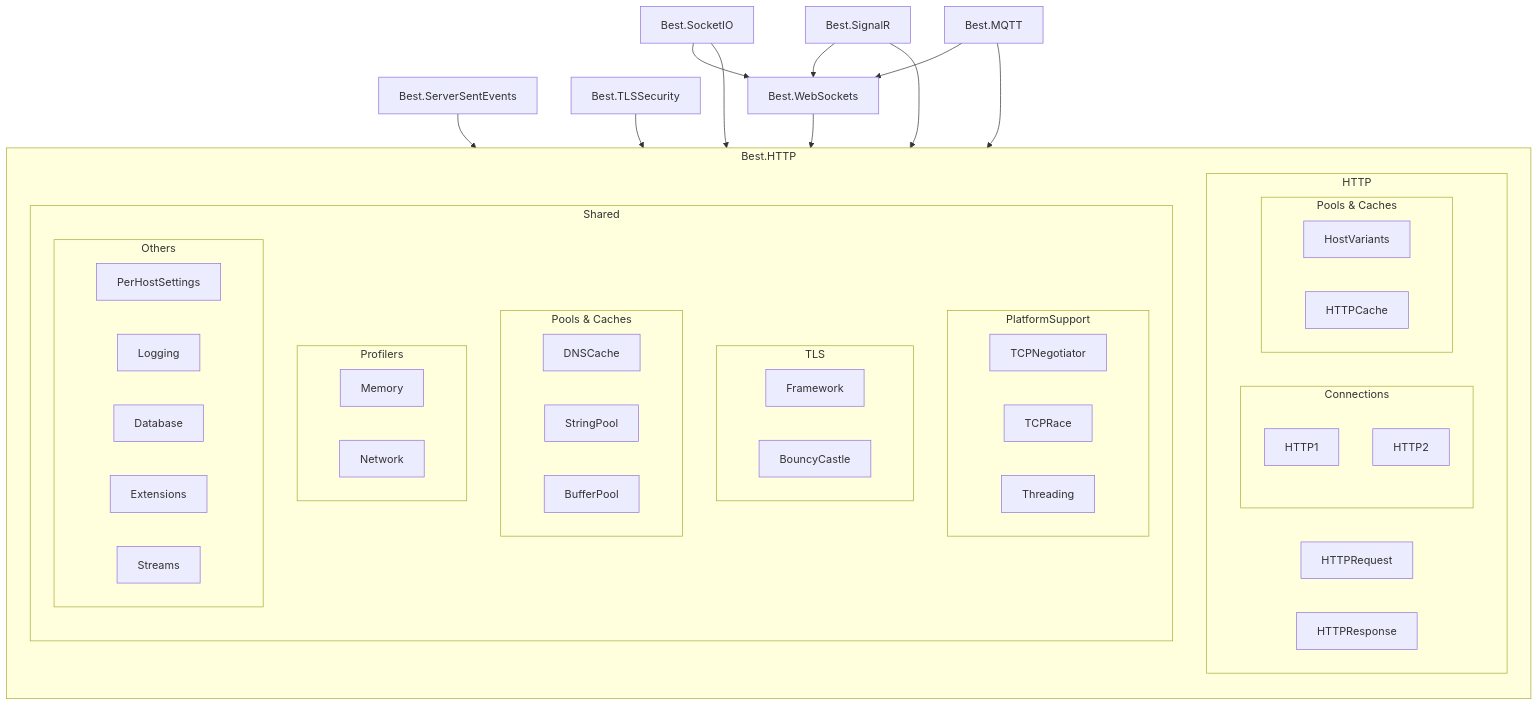
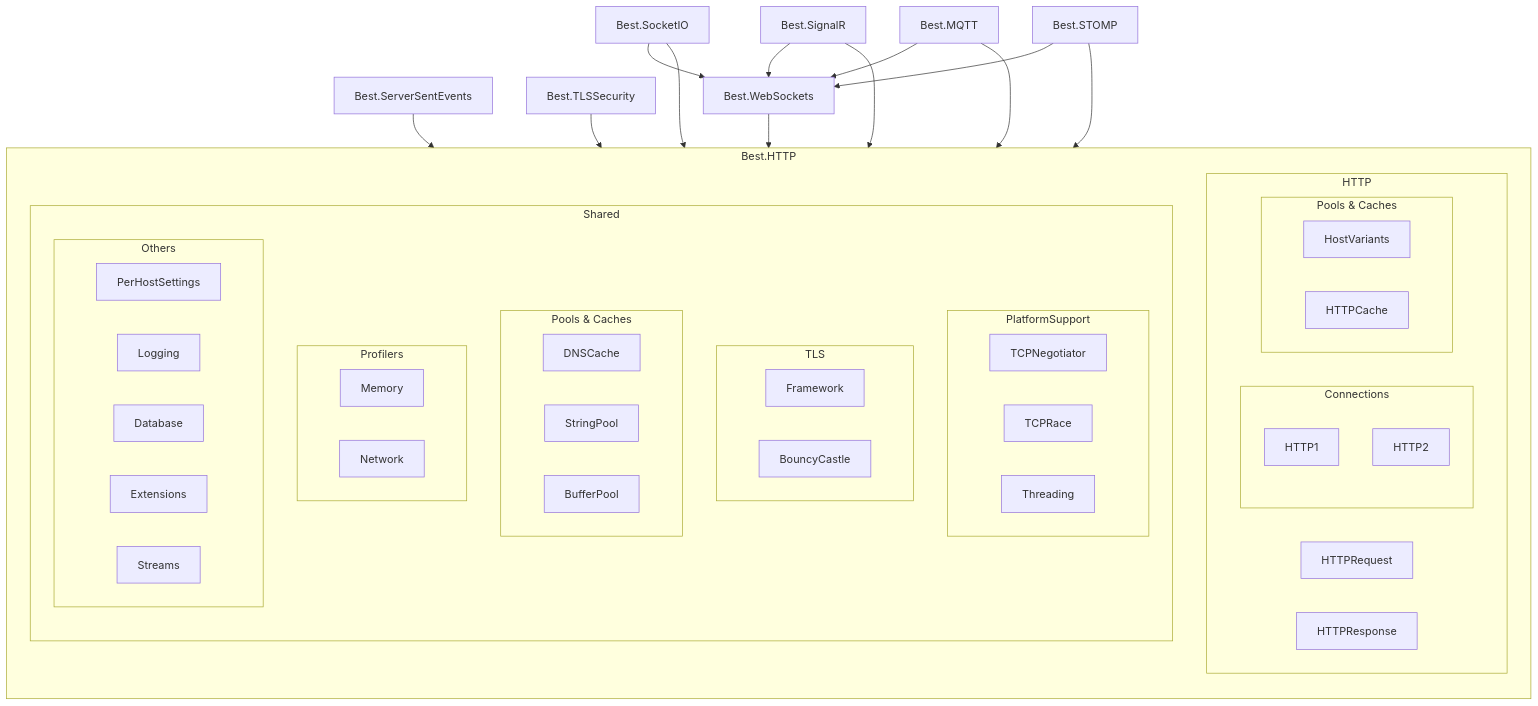
Before and after one commit to Benedicht/com.tivadar.best.documentation: the diagram in docs/index.md, drawn with Mermaid. The commit also changed other lines of this file and 29 other files, not shown here.

````diff
--- a/docs/index.md
+++ b/docs/index.md
@@ -186,68 +201,71 @@
 ```mermaid
 flowchart TB
     subgraph Best.HTTP [Best.HTTP]
         direction TB
         subgraph Best.HTTP.HTTP [HTTP]
             direction LR
 
             HTTPRequest
             HTTPResponse
 
             subgraph Connection [Connections]
                 HTTP1
                 HTTP2
             end
 
             subgraph HTTP.Pools [Pools & Caches]
                 HostVariants
                 HTTPCache
             end
         end
 
         subgraph Best.HTTP.Shared [Shared]
             direction TB
 
             subgraph PlatformSupport
                 TCPNegotiator
                 TCPRace
                 Threading
             end
 
             subgraph TLS
                 Framework
                 BouncyCastle
             end
 
             subgraph Pools [Pools & Caches]
                 DNSCache
                 StringPool
                 BufferPool
             end
             subgraph Profilers [Profilers]
                 Memory
                 Network
             end
 
             subgraph Others
                 PerHostSettings
                 Logging
                 Database
                 Extensions
                 Streams
             end
         end
     end
 
     Best.ServerSentEvents --> Best.HTTP
     Best.TLSSecurity --> Best.HTTP
     Best.WebSockets --> Best.HTTP
 
     Best.SocketIO --> Best.HTTP
     Best.SocketIO --> Best.WebSockets
     
     Best.SignalR --> Best.HTTP
     Best.SignalR --> Best.WebSockets
 
     Best.MQTT --> Best.HTTP
     Best.MQTT --> Best.WebSockets
+	
+	Best.STOMP --> Best.HTTP
+	Best.STOMP --> Best.WebSockets
 ```
````
